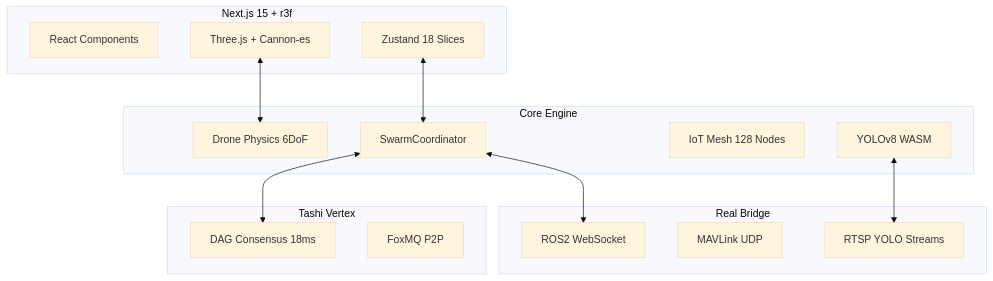
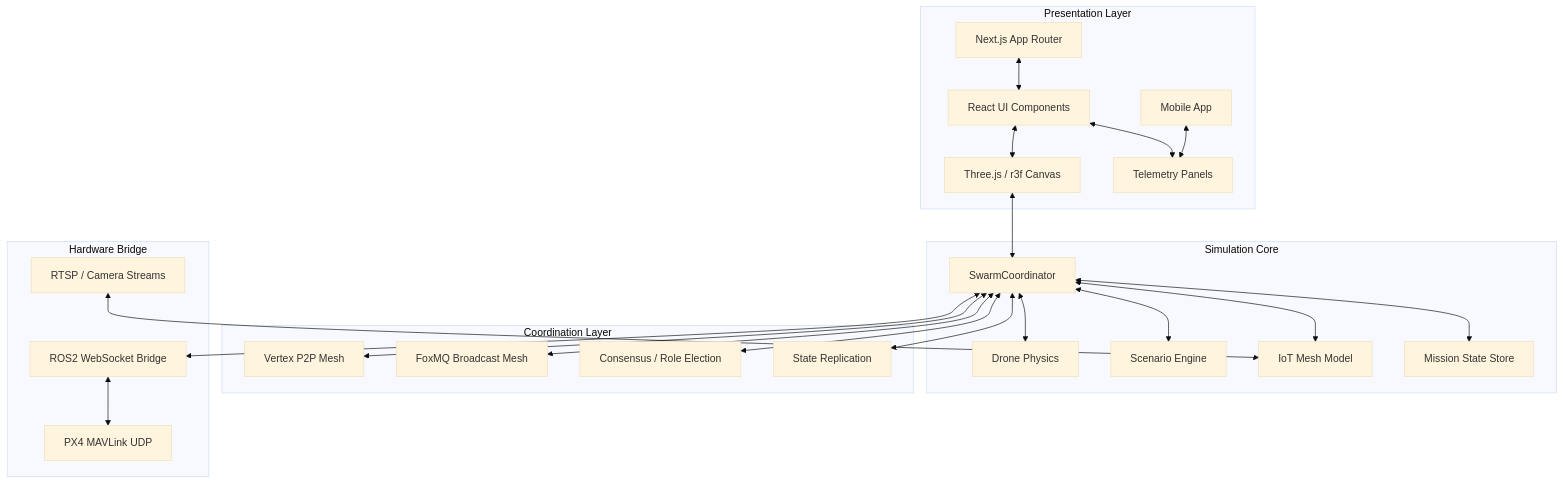
The first of 16 diagrams in README.md (lucylow/endendend), drawn with Mermaid (base theme) before and after one commit. The commit also changed other lines of this file, not shown here.

````diff
--- a/README.md
+++ b/README.md
@@ -436,32 +125,51 @@
 ```mermaid
-graph TB
-    subgraph Frontend["Next.js 15 + r3f"]
-        UI[React Components]
-        Canvas[Three.js + Cannon-es]
-        State[Zustand 18 Slices]
+flowchart TB
+    subgraph UI["Presentation Layer"]
+        A[Next.js App Router]
+        B[React UI Components]
+        C[Three.js / r3f Canvas]
+        D[Telemetry Panels]
+        E[Mobile App]
     end
-    
-    subgraph Simulation["Core Engine"]
-        Swarm[SwarmCoordinator]
-        Drone[Drone Physics 6DoF]
-        IoT[IoT Mesh 128 Nodes]
-        Vision[YOLOv8 WASM]
+
+    subgraph SIM["Simulation Core"]
+        F[SwarmCoordinator]
+        G[Drone Physics]
+        H[Scenario Engine]
+        I[IoT Mesh Model]
+        J[Mission State Store]
     end
-    
-    subgraph Blockchain["Tashi Vertex"]
-        Consensus[DAG Consensus 18ms]
-        Mesh[FoxMQ P2P]
+
+    subgraph NET["Coordination Layer"]
+        K[Vertex P2P Mesh]
+        L[FoxMQ Broadcast Mesh]
+        M[Consensus / Role Election]
+        N[State Replication]
     end
-    
-    subgraph Hardware["Real Bridge"]
-        ROS[ROS2 WebSocket]
-        PX4[MAVLink UDP]
-        Cam[RTSP YOLO Streams]
+
+    subgraph HW["Hardware Bridge"]
+        O[ROS2 WebSocket Bridge]
+        P[PX4 MAVLink UDP]
+        Q[RTSP / Camera Streams]
     end
-    
-    State <--> Swarm
-    Canvas <--> Drone
-    Swarm <--> Consensus
-    Swarm <--> ROS
-    Vision <--> Cam
+
+    A <--> B
+    B <--> C
+    B <--> D
+    E <--> D
+
+    C <--> F
+    F <--> G
+    F <--> H
+    F <--> I
+    F <--> J
+
+    F <--> K
+    F <--> L
+    F <--> M
+    F <--> N
+
+    F <--> O
+    O <--> P
+    Q <--> I
 ```
````
